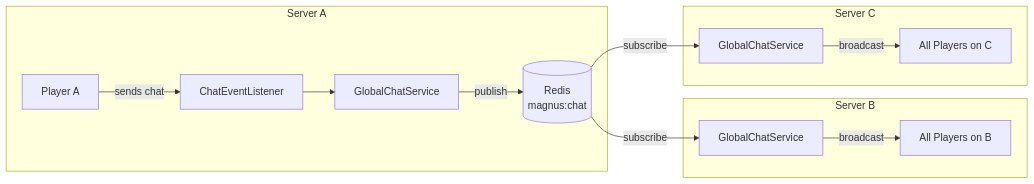
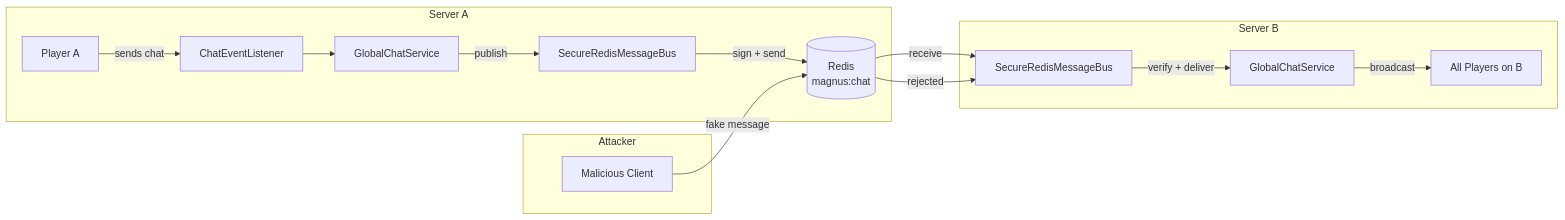
One commit to KroderDev/magnus-sync changed the first of 2 diagrams in docs/global_chat_flow.md. Above: the diagram before and after it, drawn with Mermaid. The commit also changed other lines of this file and 1 other file, not shown here.

First line of the commit message:
docs: update flow diagrams to reflect security layer

````diff
--- a/docs/global_chat_flow.md
+++ b/docs/global_chat_flow.md
@@ -9,18 +9,20 @@
 ```mermaid
 graph LR
     subgraph "Server A"
         PlayerA[Player A] -->|sends chat| FabricA[ChatEventListener]
         FabricA --> ServiceA[GlobalChatService]
-        ServiceA -->|publish| Redis[(Redis<br>magnus:chat)]
+        ServiceA -->|publish| BusA[SecureRedisMessageBus]
+        BusA -->|sign + send| Redis[(Redis<br>magnus:chat)]
     end
     
     subgraph "Server B"
-        Redis -->|subscribe| ServiceB[GlobalChatService]
+        Redis -->|receive| BusB[SecureRedisMessageBus]
+        BusB -->|verify + deliver| ServiceB[GlobalChatService]
         ServiceB -->|broadcast| PlayerB[All Players on B]
     end
     
-    subgraph "Server C"
-        Redis -->|subscribe| ServiceC[GlobalChatService]
-        ServiceC -->|broadcast| PlayerC[All Players on C]
+    subgraph "Attacker"
+        Hacker[Malicious Client] -->|fake message| Redis
+        Redis -->|rejected| BusB
     end
 ```
````
